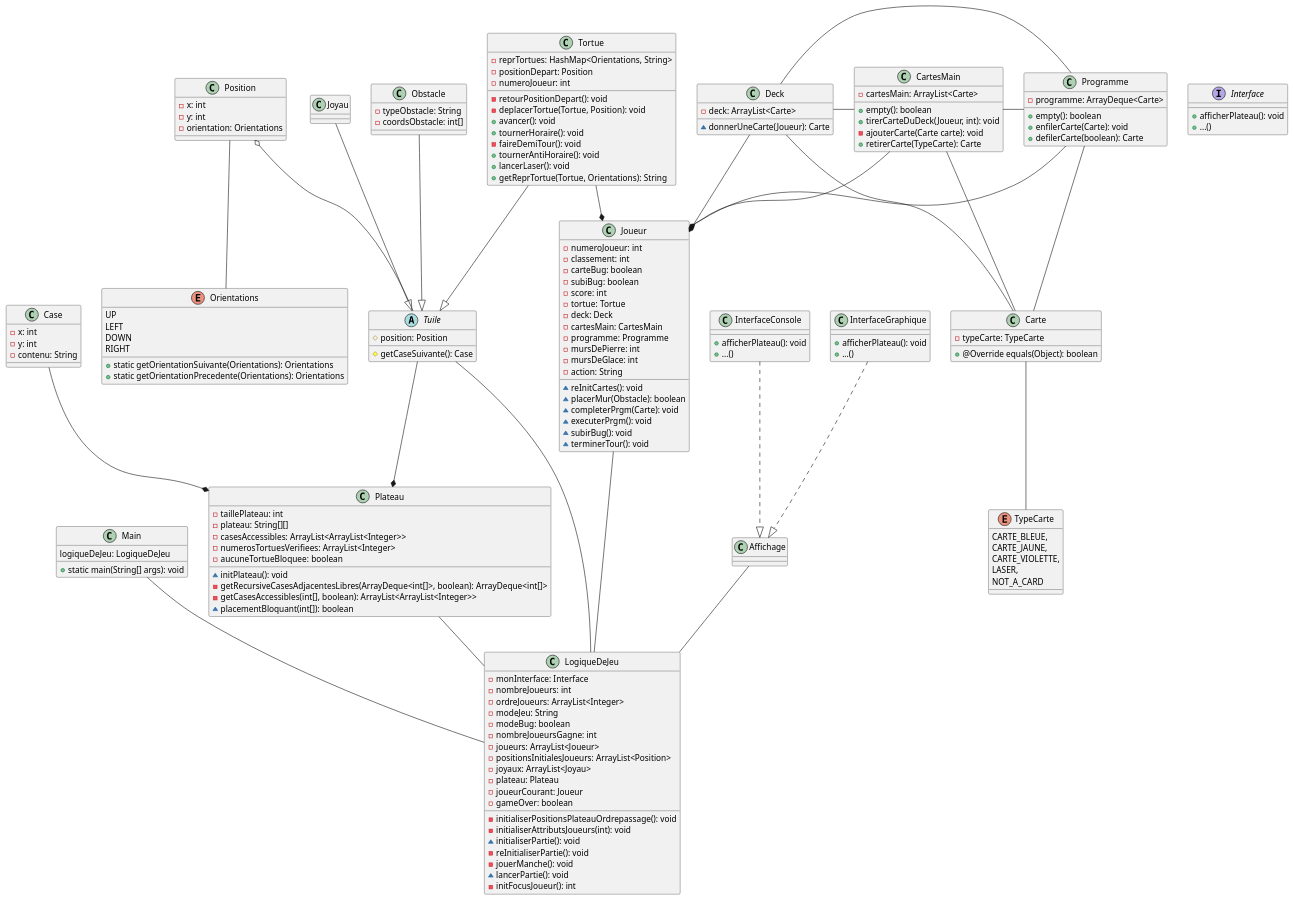
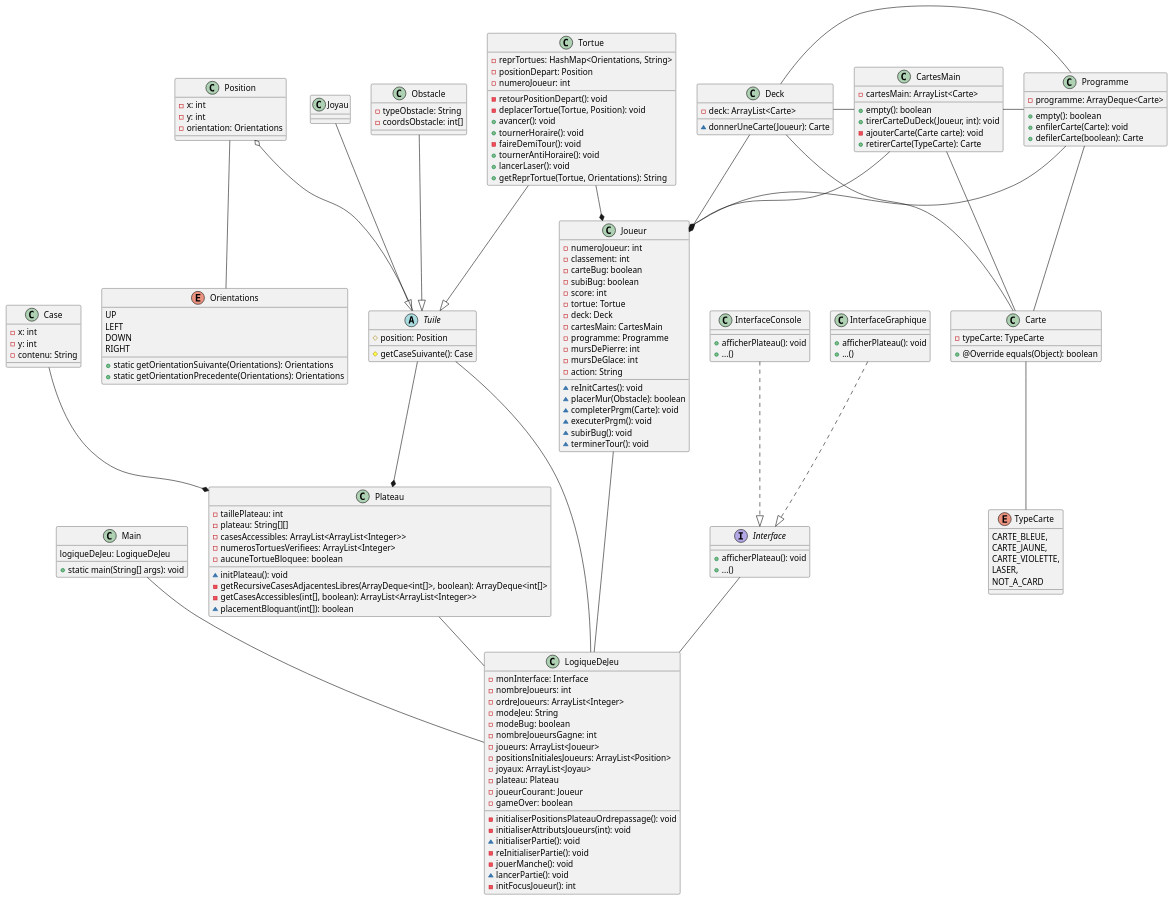
The diagram in diagrammes de classes/DiagrammeDeClasse_new.puml (broken-clock/RobotTurtles), drawn with PlantUML before and after one commit. The commit also changed 1 other file, not shown here.

Commit message:
fix diagramme de classes

```diff
--- a/diagrammes de classes/DiagrammeDeClasse_new.puml
+++ b/diagrammes de classes/DiagrammeDeClasse_new.puml
@@ -1,197 +1,197 @@
 @startuml
 'On ommet les getters et setters
 'src
 class Main {
     logiqueDeJeu: LogiqueDeJeu
 
     + static main(String[] args): void
 }
 
 class LogiqueDeJeu {
     - monInterface: Interface
     - nombreJoueurs: int
     - ordreJoueurs: ArrayList<Integer>
     - modeJeu: String
     - modeBug: boolean
     - nombreJoueursGagne: int
     - joueurs: ArrayList<Joueur>
     - positionsInitialesJoueurs: ArrayList<Position>
     - joyaux: ArrayList<Joyau>
     - plateau: Plateau
     - joueurCourant: Joueur
     - gameOver: boolean
 
     - initialiserPositionsPlateauOrdrepassage(): void
     - initialiserAttributsJoueurs(int): void
     ~ initialiserPartie(): void
     - reInitialiserPartie(): void
     - jouerManche(): void
     ~ lancerPartie(): void
     - initFocusJoueur(): int
 }
 Main -- LogiqueDeJeu
 
 class Plateau {
     - taillePlateau: int
     - plateau: String[][]
     - casesAccessibles: ArrayList<ArrayList<Integer>>
     - numerosTortuesVerifiees: ArrayList<Integer>
     - aucuneTortueBloquee: boolean
 
     ~ initPlateau(): void
     - getRecursiveCasesAdjacentesLibres(ArrayDeque<int[]>, boolean): ArrayDeque<int[]>
     - getCasesAccessibles(int[], boolean): ArrayList<ArrayList<Integer>>
     ~ placementBloquant(int[]): boolean
 }
 Plateau -- LogiqueDeJeu
 
 class Case {
     - x: int
     - y: int
     - contenu: String
 }
 Case --* Plateau
 
 class Joueur {
     - numeroJoueur: int
     - classement: int
     - carteBug: boolean
     - subiBug: boolean
     - score: int
     - tortue: Tortue
     - deck: Deck
     - cartesMain: CartesMain
     - programme: Programme
     - mursDePierre: int
     - mursDeGlace: int
     - action: String
 
     ~ reInitCartes(): void
     ~ placerMur(Obstacle): boolean
     ~ completerPrgm(Carte): void
     ~ executerPrgm(): void
     ~ subirBug(): void
     ~ terminerTour(): void
 }
 Joueur -- LogiqueDeJeu
 
 'src.Tuiles
 abstract class Tuile {
     # position: Position
     # getCaseSuivante(): Case
 }
 Tuile -- LogiqueDeJeu
 Tuile --* Plateau
 
 enum Orientations {
     UP
     LEFT
     DOWN
     RIGHT
 
     + static getOrientationSuivante(Orientations): Orientations
     + static getOrientationPrecedente(Orientations): Orientations
 }
 
 class Position {
     - x: int
     - y: int
     - orientation: Orientations
 }
 Position o-- Tuile
 Position -- Orientations
 
 class Tortue {
     - reprTortues: HashMap<Orientations, String>
     - positionDepart: Position
     - numeroJoueur: int
 
     - retourPositionDepart(): void
     - deplacerTortue(Tortue, Position): void
     + avancer(): void
     + tournerHoraire(): void
     - faireDemiTour(): void
     + tournerAntiHoraire(): void
     + lancerLaser(): void
     + getReprTortue(Tortue, Orientations): String
 }
 Tortue --|> Tuile
 Tortue --* Joueur
 
 class Joyau {
 }
 Joyau --|> Tuile
 
 class Obstacle {
     - typeObstacle: String
     - coordsObstacle: int[]
 }
 Obstacle --|> Tuile
 
 'src.Cartes
 enum TypeCarte {
     CARTE_BLEUE,
     CARTE_JAUNE,
     CARTE_VIOLETTE,
     LASER,
     NOT_A_CARD
 }
 
 class Carte {
     - typeCarte: TypeCarte
 
     + @Override equals(Object): boolean
 }
 Carte -- TypeCarte
 
 class Deck {
     - deck: ArrayList<Carte>
 
     ~ donnerUneCarte(Joueur): Carte
 }
 Deck - CartesMain
 Deck --* Joueur
 Deck -- Carte
 
 class CartesMain {
     - cartesMain: ArrayList<Carte>
 
     + empty(): boolean
     + tirerCarteDuDeck(Joueur, int): void
     - ajouterCarte(Carte carte): void
     + retirerCarte(TypeCarte): Carte
 }
 CartesMain - Programme
 CartesMain --* Joueur
 CartesMain -- Carte
 
 class Programme {
     - programme: ArrayDeque<Carte>
 
     + empty(): boolean
     + enfilerCarte(Carte): void
     + defilerCarte(boolean): Carte
 }
 Programme - Deck
 Programme --* Joueur
 Programme -- Carte
 
 'src.Interface
 interface Interface {
 + afficherPlateau(): void
 + ...()
 }
-Affichage -- LogiqueDeJeu
+Interface -- LogiqueDeJeu
 
 class InterfaceGraphique {
 + afficherPlateau(): void
 + ...()
 }
-InterfaceGraphique ..|> Affichage
+InterfaceGraphique ..|> Interface
 
 class InterfaceConsole {
 + afficherPlateau(): void
 + ...()
 }
-InterfaceConsole ..|> Affichage
+InterfaceConsole ..|> Interface
 @enduml
```
